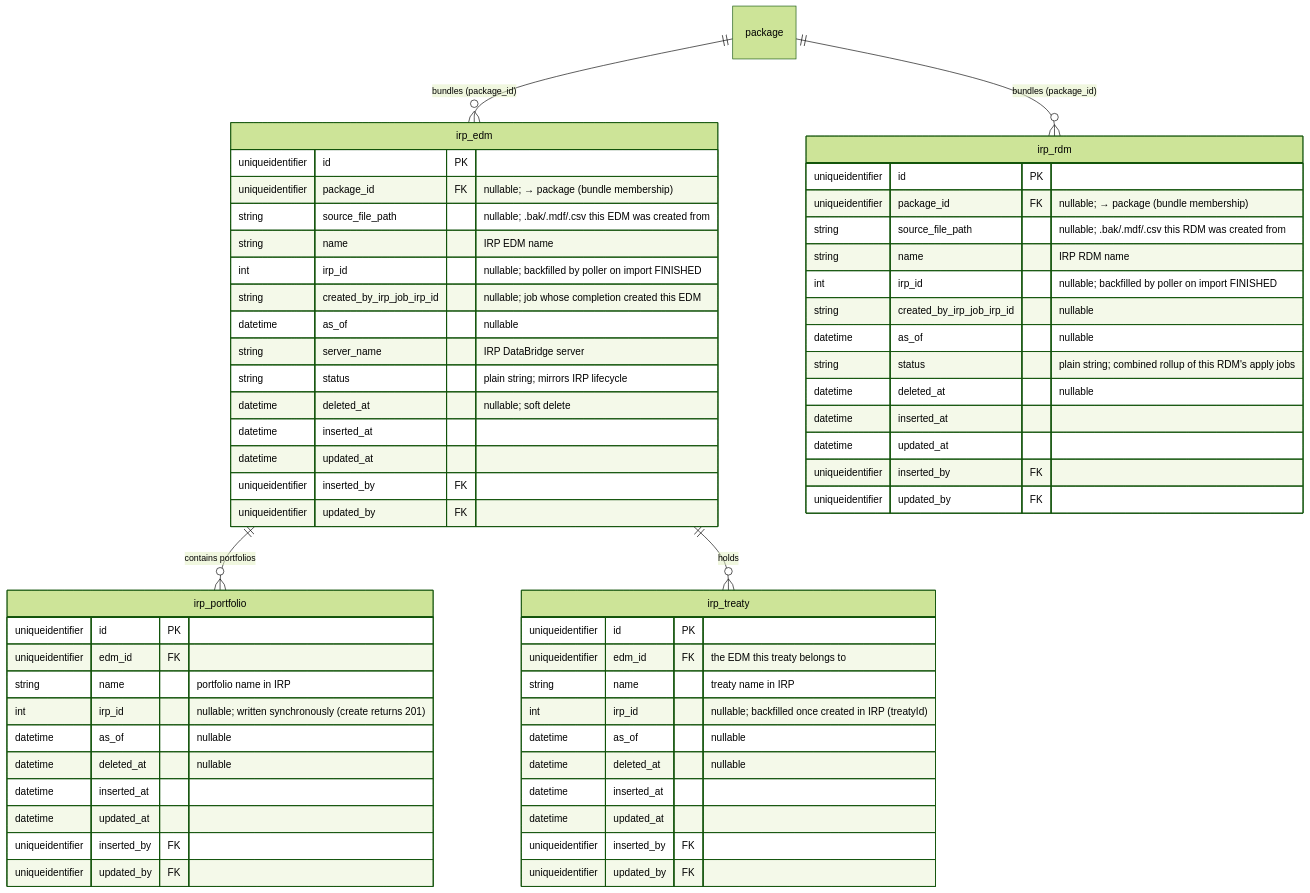
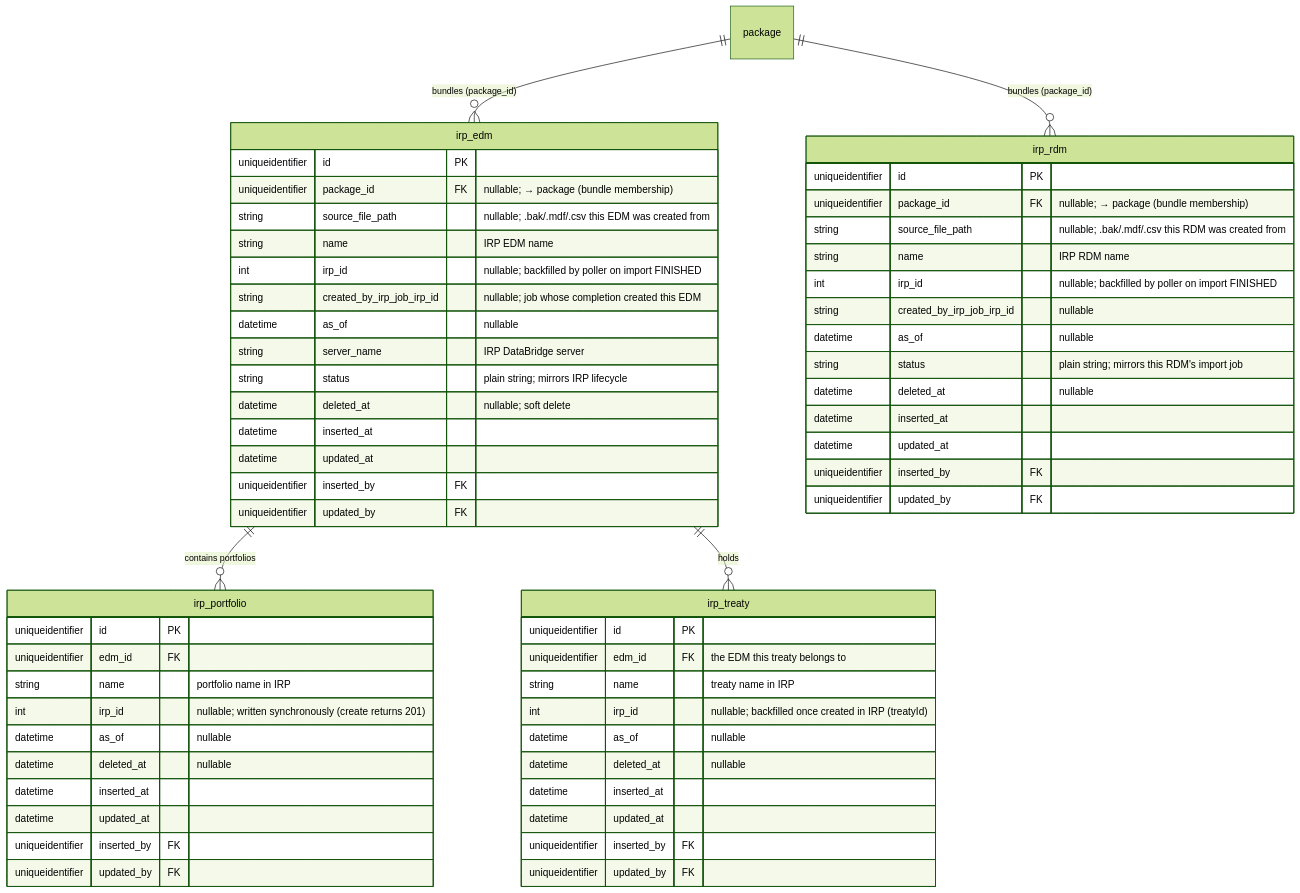
Before and after one commit to anilvenugopal/risk-workbench: the third of 9 diagrams in docs/DATA_MODEL.md, drawn with Mermaid (forest theme). The commit also changed other lines of this file and 8 other files, not shown here.

First line of the commit message:
Update docs and sequence diagrams for standalone RDM import

````diff
--- a/docs/DATA_MODEL.md
+++ b/docs/DATA_MODEL.md
@@ -191,63 +191,63 @@
 ```mermaid
 erDiagram
   package ||--o{ irp_edm : "bundles (package_id)"
   package ||--o{ irp_rdm : "bundles (package_id)"
   irp_edm ||--o{ irp_portfolio : "contains portfolios"
   irp_edm ||--o{ irp_treaty : holds
 
   irp_edm {
     uniqueidentifier id PK
     uniqueidentifier package_id FK "nullable; → package (bundle membership)"
     string source_file_path "nullable; .bak/.mdf/.csv this EDM was created from"
     string name "IRP EDM name"
     int irp_id "nullable; backfilled by poller on import FINISHED"
     string created_by_irp_job_irp_id "nullable; job whose completion created this EDM"
     datetime as_of "nullable"
     string server_name "IRP DataBridge server"
     string status "plain string; mirrors IRP lifecycle"
     datetime deleted_at "nullable; soft delete"
     datetime inserted_at
     datetime updated_at
     uniqueidentifier inserted_by FK
     uniqueidentifier updated_by FK
   }
   irp_rdm {
     uniqueidentifier id PK
     uniqueidentifier package_id FK "nullable; → package (bundle membership)"
     string source_file_path "nullable; .bak/.mdf/.csv this RDM was created from"
     string name "IRP RDM name"
     int irp_id "nullable; backfilled by poller on import FINISHED"
     string created_by_irp_job_irp_id "nullable"
     datetime as_of "nullable"
-    string status "plain string; combined rollup of this RDM's apply jobs"
+    string status "plain string; mirrors this RDM's import job"
     datetime deleted_at "nullable"
     datetime inserted_at
     datetime updated_at
     uniqueidentifier inserted_by FK
     uniqueidentifier updated_by FK
   }
   irp_portfolio {
     uniqueidentifier id PK
     uniqueidentifier edm_id FK
     string name "portfolio name in IRP"
     int irp_id "nullable; written synchronously (create returns 201)"
     datetime as_of "nullable"
     datetime deleted_at "nullable"
     datetime inserted_at
     datetime updated_at
     uniqueidentifier inserted_by FK
     uniqueidentifier updated_by FK
   }
   irp_treaty {
     uniqueidentifier id PK
     uniqueidentifier edm_id FK "the EDM this treaty belongs to"
     string name "treaty name in IRP"
     int irp_id "nullable; backfilled once created in IRP (treatyId)"
     datetime as_of "nullable"
     datetime deleted_at "nullable"
     datetime inserted_at
     datetime updated_at
     uniqueidentifier inserted_by FK
     uniqueidentifier updated_by FK
   }
 ```
````
